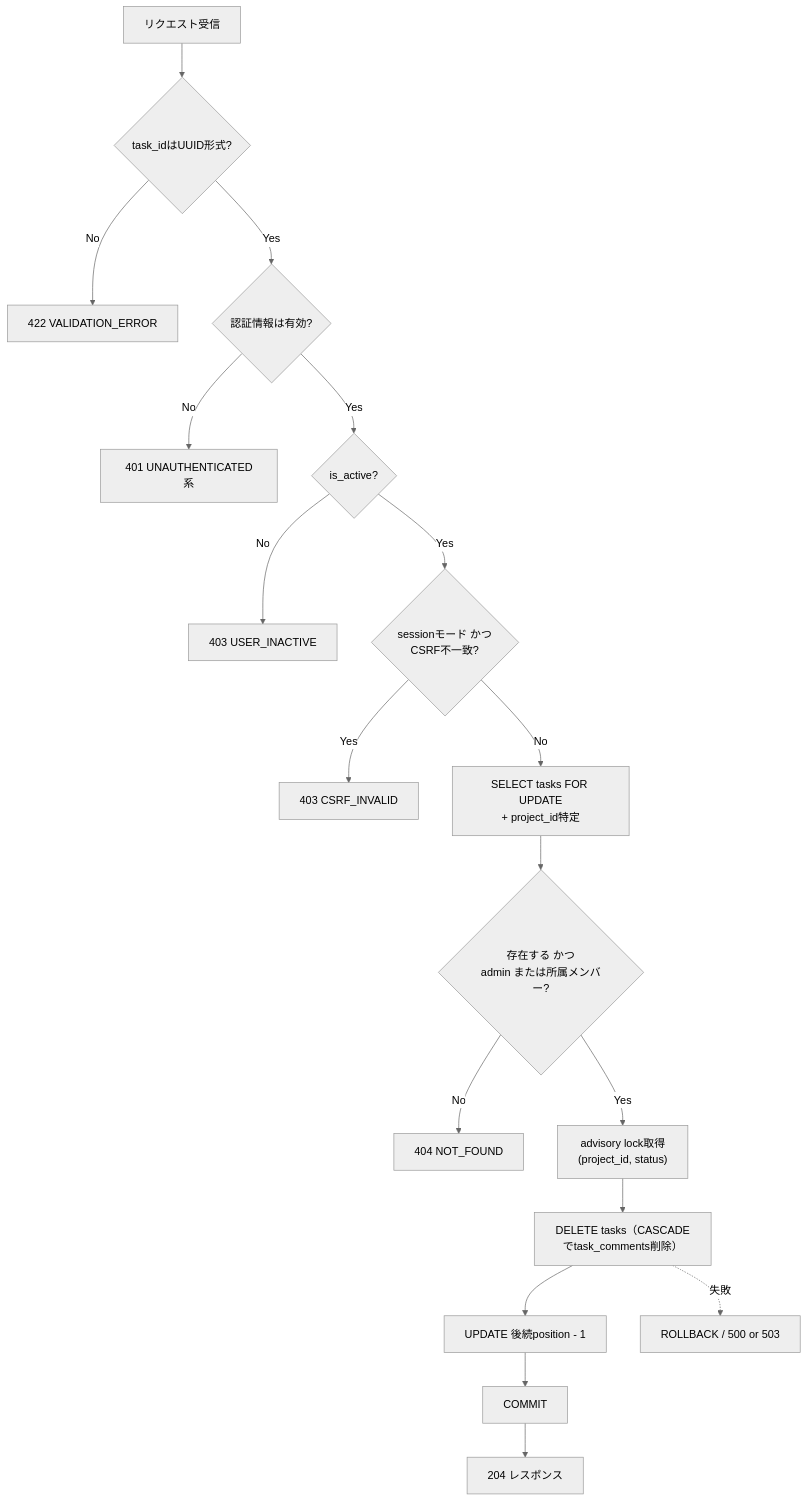
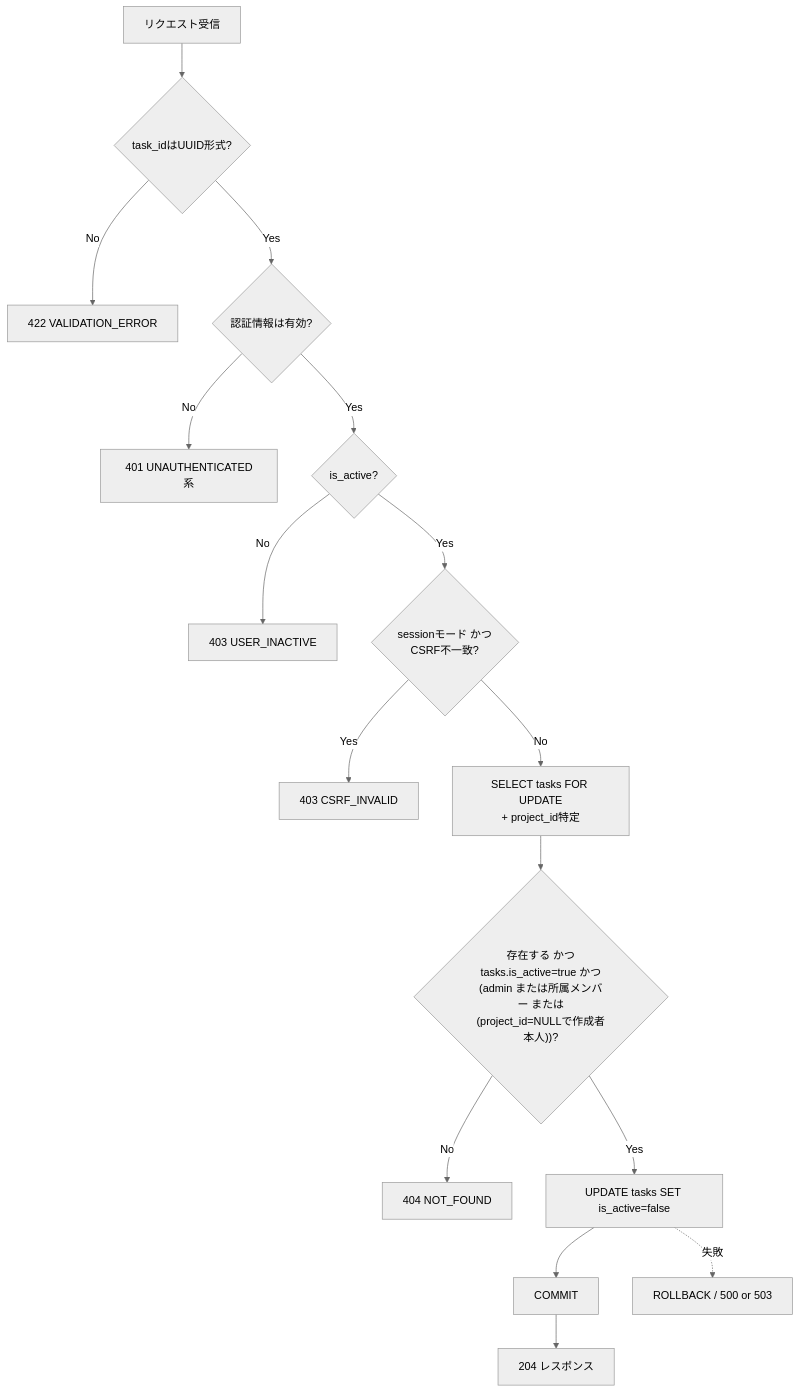
Before and after one commit to oikawa-d/task_management: the second of 4 diagrams in detailed_design/api/tasks/05_delete_task.md, drawn with Mermaid (neutral theme). The commit also changed other lines of this file and 25 other files, not shown here.

````diff
--- a/detailed_design/api/tasks/05_delete_task.md
+++ b/detailed_design/api/tasks/05_delete_task.md
@@ -97,20 +97,18 @@
 ```mermaid
 flowchart TB
     A["リクエスト受信"] --> B{"task_idはUUID形式?"}
     B -->|"No"| E422["422 VALIDATION_ERROR"]
     B -->|"Yes"| C{"認証情報は有効?"}
     C -->|"No"| E401["401 UNAUTHENTICATED系"]
     C -->|"Yes"| D{"is_active?"}
     D -->|"No"| E403a["403 USER_INACTIVE"]
     D -->|"Yes"| E{"sessionモード かつ<br/>CSRF不一致?"}
     E -->|"Yes"| E403b["403 CSRF_INVALID"]
     E -->|"No"| F["SELECT tasks FOR UPDATE<br/>+ project_id特定"]
-    F --> G{"存在する かつ<br/>admin または所属メンバー?"}
+    F --> G{"存在する かつ<br/>tasks.is_active=true かつ<br/>(admin または所属メンバー または<br/>(project_id=NULLで作成者本人))?"}
     G -->|"No"| E404["404 NOT_FOUND"]
-    G -->|"Yes"| H["advisory lock取得<br/>(project_id, status)"]
-    H --> I["DELETE tasks（CASCADEでtask_comments削除）"]
-    I --> J["UPDATE 後続position - 1"]
-    J --> K["COMMIT"]
-    K --> L["204 レスポンス"]
-    I -.->|"失敗"| M["ROLLBACK / 500 or 503"]
+    G -->|"Yes"| H["UPDATE tasks SET is_active=false"]
+    H --> I["COMMIT"]
+    I --> J["204 レスポンス"]
+    H -.->|"失敗"| K["ROLLBACK / 500 or 503"]
 ```
````
